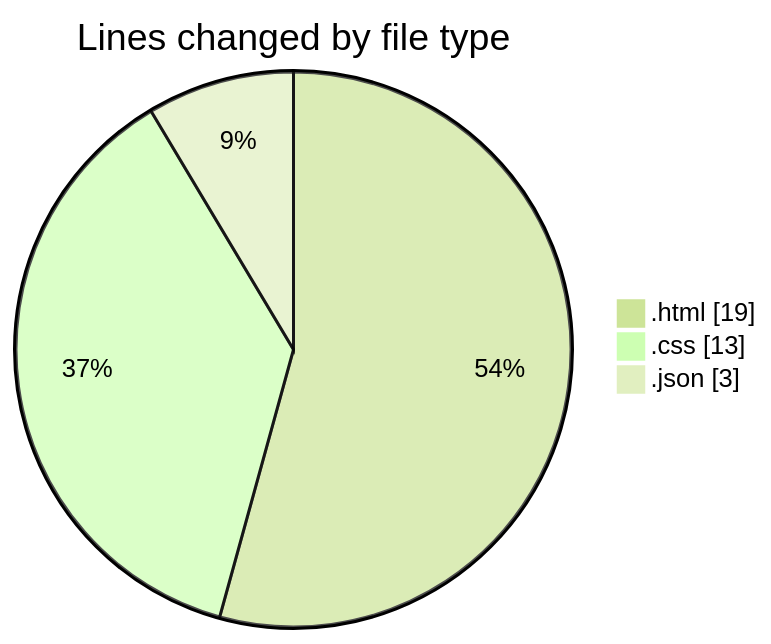
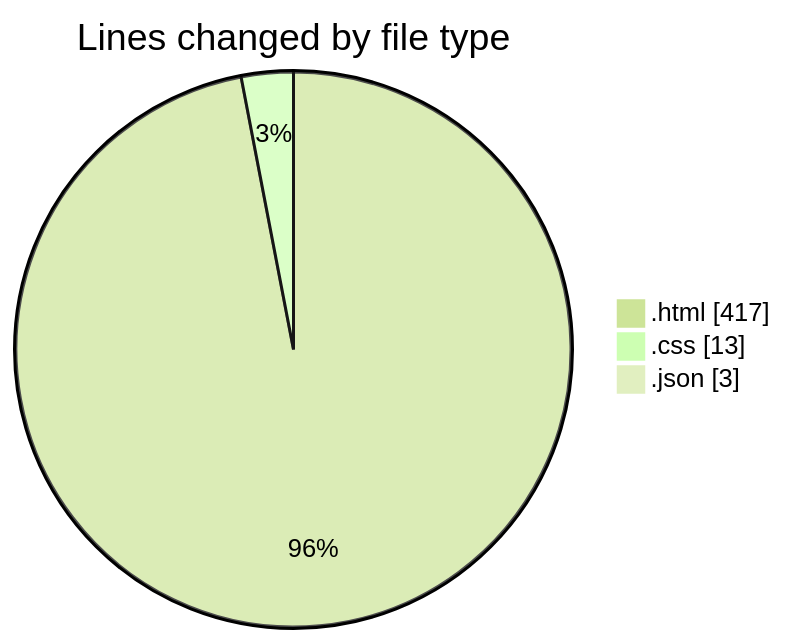
Before and after one commit to hasnaa123/code-tracking: the first of 2 diagrams in 2025-12-11/technologie_web/README.md, drawn with Mermaid (forest theme). The commit also changed other lines of this file and 1 other file, not shown here.

````diff
--- a/2025-12-11/technologie_web/README.md
+++ b/2025-12-11/technologie_web/README.md
@@ -22,7 +23,7 @@
 ```mermaid
 pie showData
 title Lines changed by file type
-".html" : 19
+".html" : 417
 ".css" : 13
 ".json" : 3
 ```
````
